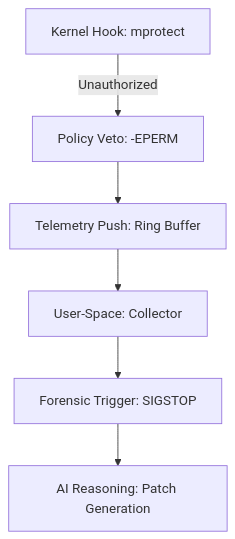
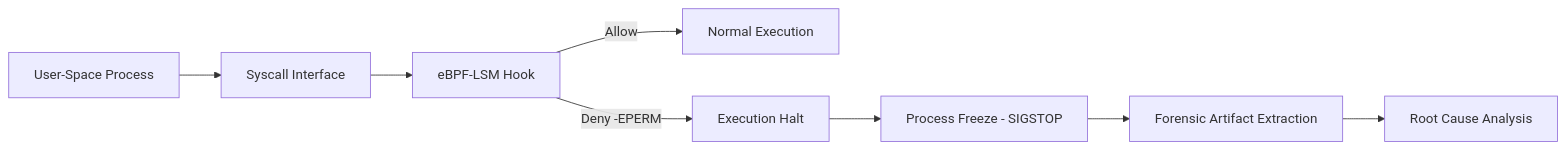
One commit to SS7ZX/Lyncis-EDR changed the diagram in README.md. Above: the diagram before and after it, drawn with Mermaid. The commit also changed other lines of this file, not shown here.

````diff
--- a/README.md
+++ b/README.md
@@ -44,8 +143,10 @@
 ```mermaid
-graph TD
-    A[Kernel Hook: mprotect] -->|Unauthorized| B[Policy Veto: -EPERM]
-    B --> C[Telemetry Push: Ring Buffer]
-    C --> D[User-Space: Collector]
-    D --> E[Forensic Trigger: SIGSTOP]
-    E --> F[AI Reasoning: Patch Generation]
+flowchart LR
+    A[User-Space Process] --> B[Syscall Interface]
+    B --> C[eBPF-LSM Hook]
+    C -->|Allow| D[Normal Execution]
+    C -->|Deny -EPERM| E[Execution Halt]
+    E --> F[Process Freeze - SIGSTOP]
+    F --> G[Forensic Artifact Extraction]
+    G --> H[Root Cause Analysis]
 ```
````
